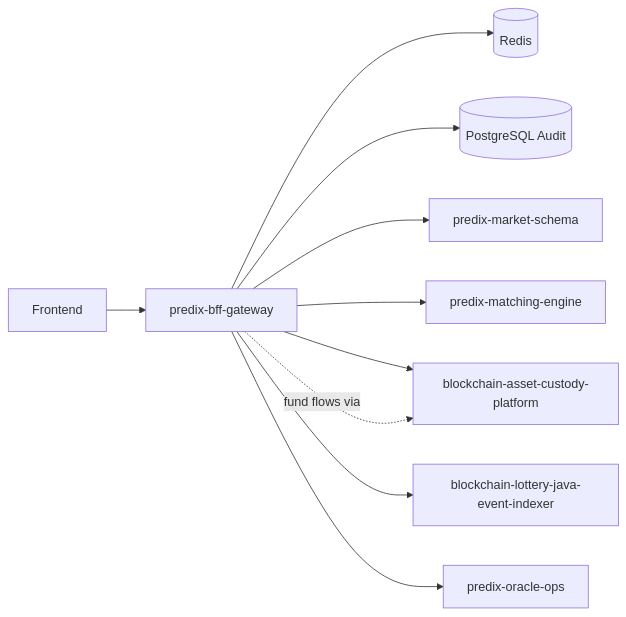
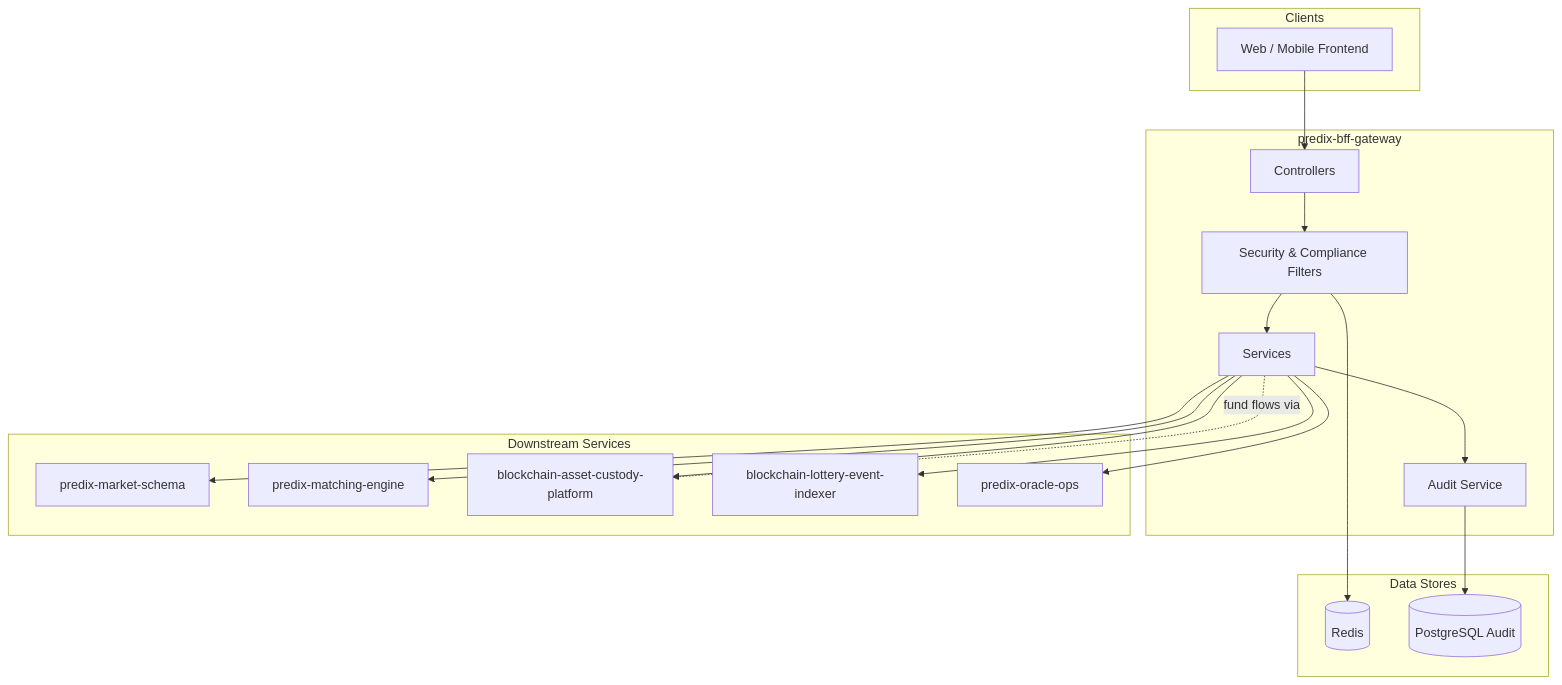
One commit to predix-sea/predix-bff-gateway changed the diagram in README.md. Above: the diagram before and after it, drawn with Mermaid. The commit also changed other lines of this file, not shown here.

````diff
--- a/README.md
+++ b/README.md
@@ -143,12 +55,34 @@
 ```mermaid
-flowchart LR
-  FE[Frontend] --> BFF[predix-bff-gateway]
-  BFF --> Redis[(Redis)]
-  BFF --> PG[(PostgreSQL Audit)]
-  BFF --> MS[predix-market-schema]
-  BFF --> ME[predix-matching-engine]
-  BFF --> BACP[blockchain-asset-custody-platform]
-  BFF --> IDX[blockchain-lottery-java-event-indexer]
-  BFF --> OO[predix-oracle-ops]
-  BFF -.->|fund flows via| BACP
+flowchart TB
+  subgraph clients [Clients]
+    FE[Web / Mobile Frontend]
+  end
+
+  subgraph bff [predix-bff-gateway]
+    CTRL[Controllers]
+    SVC[Services]
+    SEC[Security & Compliance Filters]
+    AUD[Audit Service]
+    CTRL --> SEC --> SVC
+    SVC --> AUD
+  end
+
+  subgraph downstream [Downstream Services]
+    MS[predix-market-schema]
+    ME[predix-matching-engine]
+    BACP[blockchain-asset-custody-platform]
+    IDX[blockchain-lottery-event-indexer]
+    OO[predix-oracle-ops]
+  end
+
+  subgraph data [Data Stores]
+    Redis[(Redis)]
+    PG[(PostgreSQL Audit)]
+  end
+
+  FE --> CTRL
+  SVC --> MS & ME & BACP & IDX & OO
+  SEC --> Redis
+  AUD --> PG
+  SVC -.->|fund flows via| BACP
 ```
````
